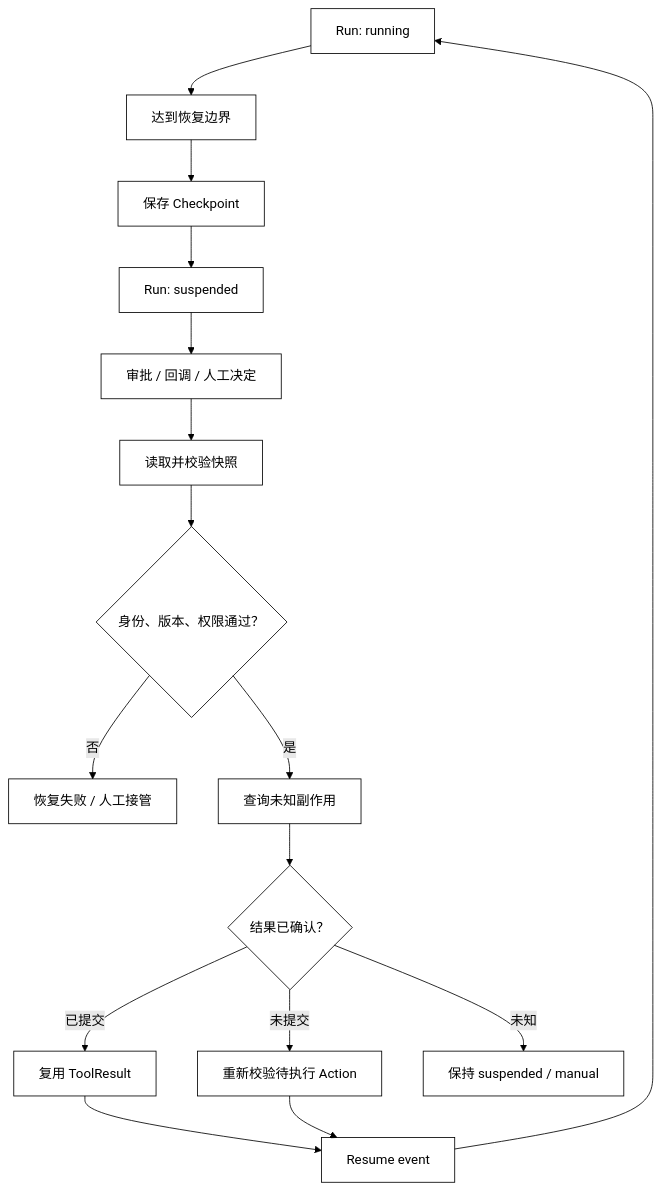
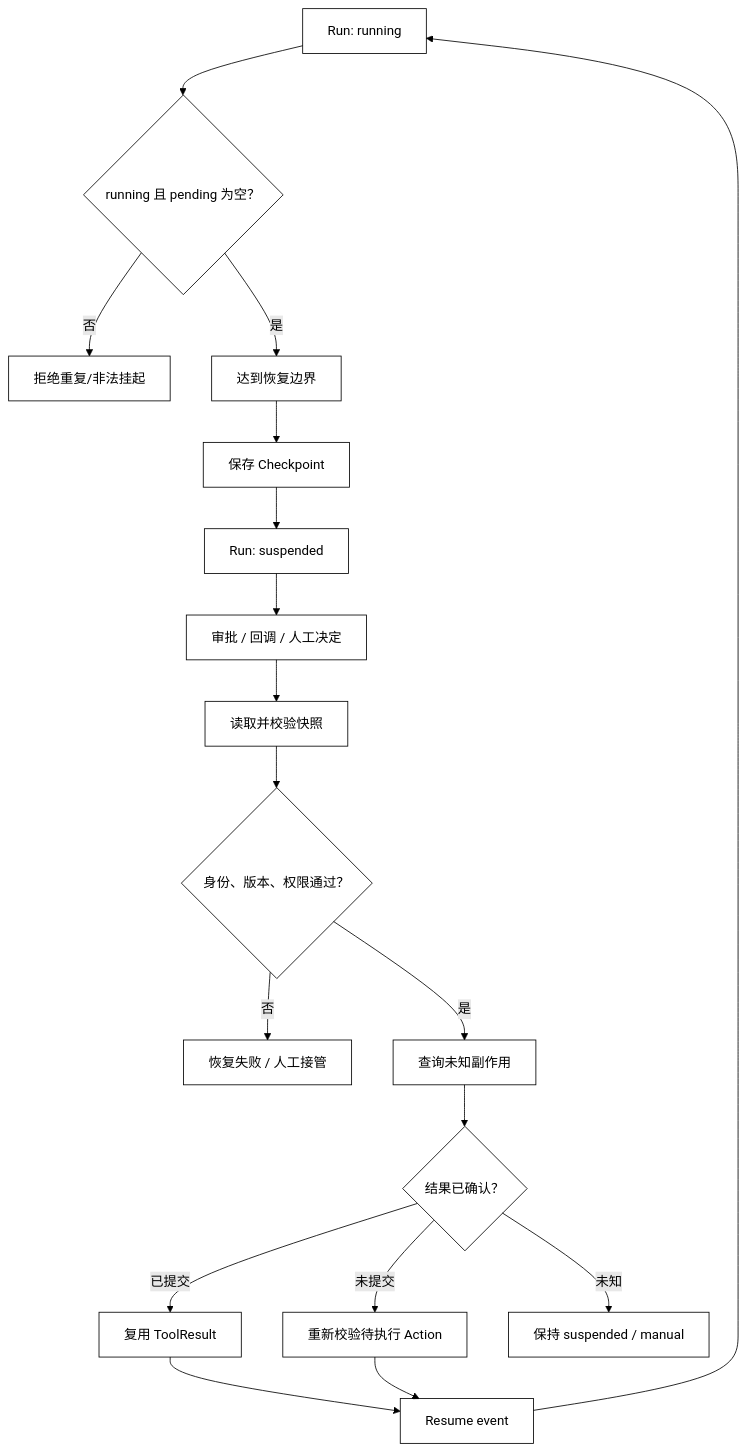
The diagram in docs/courses/agent/05-状态上下文会话与记忆/04-Checkpoint-Suspend与Resume.md (clint-sfy/clintsfy.github.io), drawn with Mermaid (forest theme) before and after one commit. The commit also changed other lines of this file and 3 other files, not shown here.

````diff
--- a/docs/courses/agent/05-状态上下文会话与记忆/04-Checkpoint-Suspend与Resume.md
+++ b/docs/courses/agent/05-状态上下文会话与记忆/04-Checkpoint-Suspend与Resume.md
@@ -48,21 +48,23 @@
 ```mermaid
 flowchart TD
-    Running["Run: running"] --> Boundary["达到恢复边界"]
+    Running["Run: running"] --> Guard{"running 且 pending 为空？"}
+    Guard -->|否| RejectSuspend["拒绝重复/非法挂起"]
+    Guard -->|是| Boundary["达到恢复边界"]
     Boundary --> Save["保存 Checkpoint"]
     Save --> Suspended["Run: suspended"]
     Suspended --> Signal["审批 / 回调 / 人工决定"]
     Signal --> Load["读取并校验快照"]
     Load --> Version{"身份、版本、权限通过？"}
     Version -->|否| RecoveryFail["恢复失败 / 人工接管"]
     Version -->|是| Reconcile["查询未知副作用"]
     Reconcile --> SideEffect{"结果已确认？"}
     SideEffect -->|已提交| Reuse["复用 ToolResult"]
     SideEffect -->|未提交| Recheck["重新校验待执行 Action"]
     SideEffect -->|未知| Manual["保持 suspended / manual"]
     Reuse --> Resume["Resume event"]
     Recheck --> Resume
     Resume --> Running
 
     classDef core fill:transparent,stroke:currentColor,color:currentColor,stroke-width:1px;
-    class Running,Boundary,Save,Suspended,Signal,Load,Version,RecoveryFail,Reconcile,SideEffect,Reuse,Recheck,Manual,Resume core;
+    class Running,Guard,RejectSuspend,Boundary,Save,Suspended,Signal,Load,Version,RecoveryFail,Reconcile,SideEffect,Reuse,Recheck,Manual,Resume core;
 ```
````
